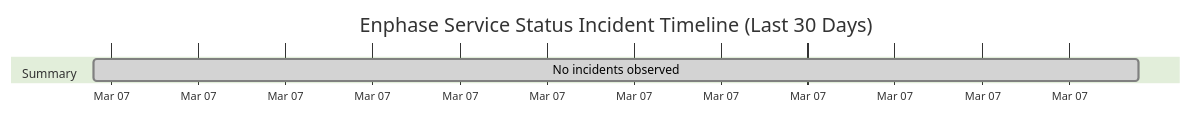
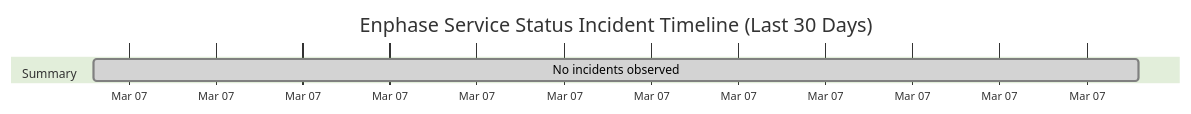
The diagram in wiki/Service-Status-History.md (barneyonline/ha-enphase-ev-charger), drawn with Mermaid (forest theme) before and after one commit. The commit also changed other lines of this file and 3 other files, not shown here.

````diff
--- a/wiki/Service-Status-History.md
+++ b/wiki/Service-Status-History.md
@@ -14,8 +14,8 @@
 ```mermaid
 gantt
     title Enphase Service Status Incident Timeline (Last 30 Days)
     dateFormat  YYYY-MM-DDTHH:mm:ss
     axisFormat  %b %d
     section Summary
-    No incidents observed :done, 2026-03-07T09:51:44, 1m
+    No incidents observed :done, 2026-03-07T10:14:38, 1m
 ```
````
